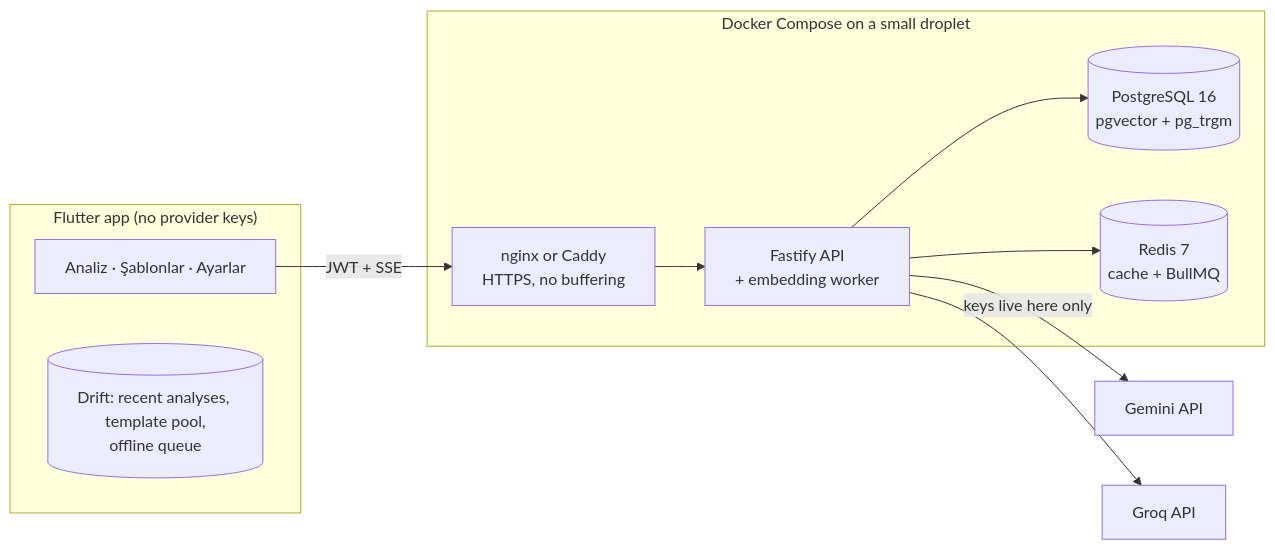
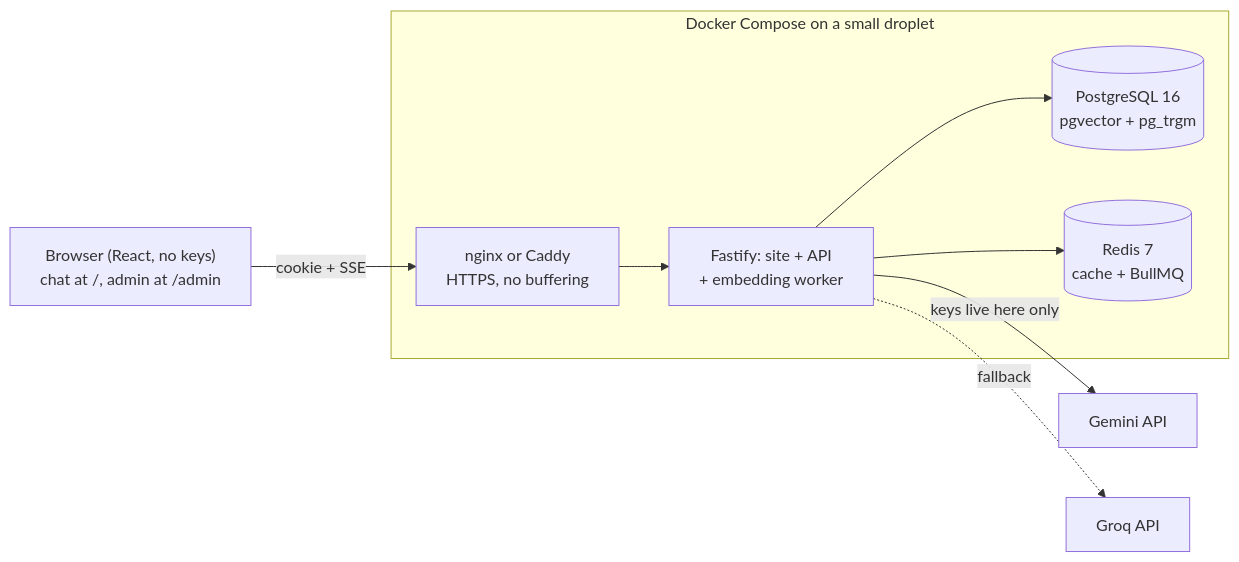
Before and after one commit to bcsakalar/Menu_Kopilot: the diagram in README.md, drawn with Mermaid. The commit also changed other lines of this file and 248 other files, not shown here.

First line of the commit message:
feat(web): a website with a chat replaces the phone app (D-200)

````diff
--- a/README.md
+++ b/README.md
@@ -54,15 +53,12 @@
 ```mermaid
 flowchart LR
-  subgraph Phone["Flutter app (no provider keys)"]
-    UI[Analiz · Şablonlar · Ayarlar]
-    Local[(Drift: recent analyses, template pool,<br/>offline queue)]
-  end
+  Browser["Browser (React, no keys)<br/>chat at /, admin at /admin"]
   subgraph VPS["Docker Compose on a small droplet"]
-    Caddy[nginx or Caddy<br/>HTTPS, no buffering] --> API[Fastify API<br/>+ embedding worker]
+    Proxy[nginx or Caddy<br/>HTTPS, no buffering] --> API[Fastify: site + API<br/>+ embedding worker]
     API --> PG[(PostgreSQL 16<br/>pgvector + pg_trgm)]
     API --> Redis[(Redis 7<br/>cache + BullMQ)]
   end
-  UI -- "JWT + SSE" --> Caddy
+  Browser -- "cookie + SSE" --> Proxy
   API -- "keys live here only" --> Gemini[Gemini API]
-  API --> Groq[Groq API]
+  API -. fallback .-> Groq[Groq API]
 ```
````
